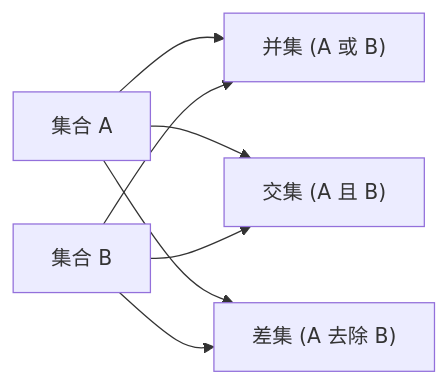
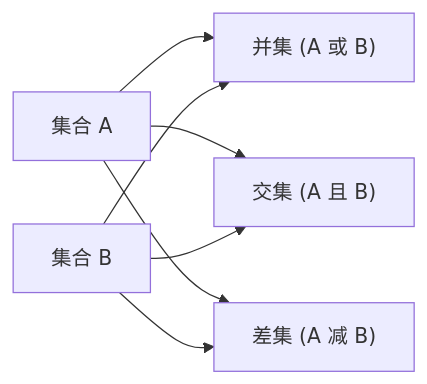
One commit to scagogogo/cpe-skills changed the second of 2 diagrams in website/zh/api/sets.md. Above: the diagram before and after it, drawn with Mermaid. The commit also changed other lines of this file and 18 other files, not shown here.

````diff
--- a/website/zh/api/sets.md
+++ b/website/zh/api/sets.md
@@ -32,9 +30,9 @@
 ```mermaid
 flowchart LR
     A["集合 A"] --> U["并集 (A 或 B)"]
     B["集合 B"] --> U
     A --> I["交集 (A 且 B)"]
     B --> I
-    A --> D["差集 (A 去除 B)"]
+    A --> D["差集 (A 减 B)"]
     B --> D
 ```
````
